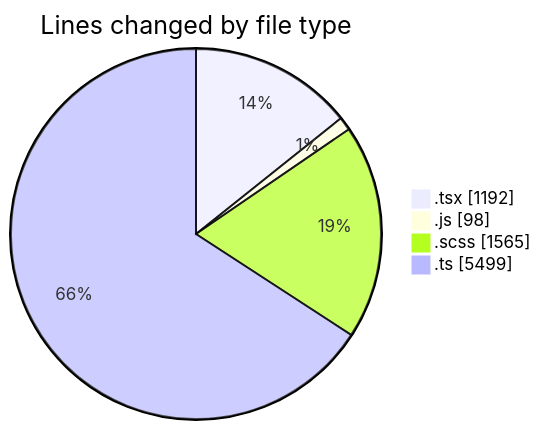
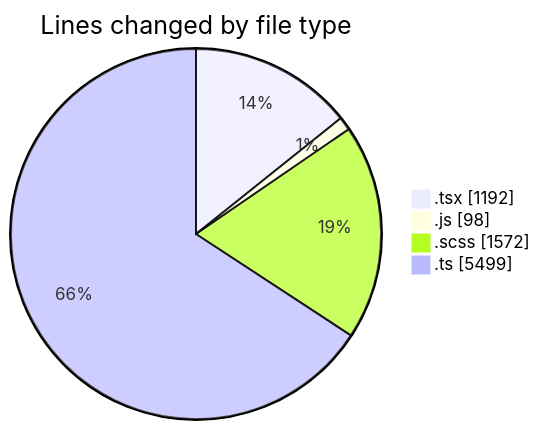
Before and after one commit to momahboobian/code-tracking: the first of 2 diagrams in 2025-03-31/cda/README.md, drawn with Mermaid. The commit also changed other lines of this file and 1 other file, not shown here.

````diff
--- a/2025-03-31/cda/README.md
+++ b/2025-03-31/cda/README.md
@@ -39,8 +39,8 @@
 ```mermaid
 pie showData
 title Lines changed by file type
 ".tsx" : 1192
 ".js" : 98
-".scss" : 1565
+".scss" : 1572
 ".ts" : 5499
 ```
````
